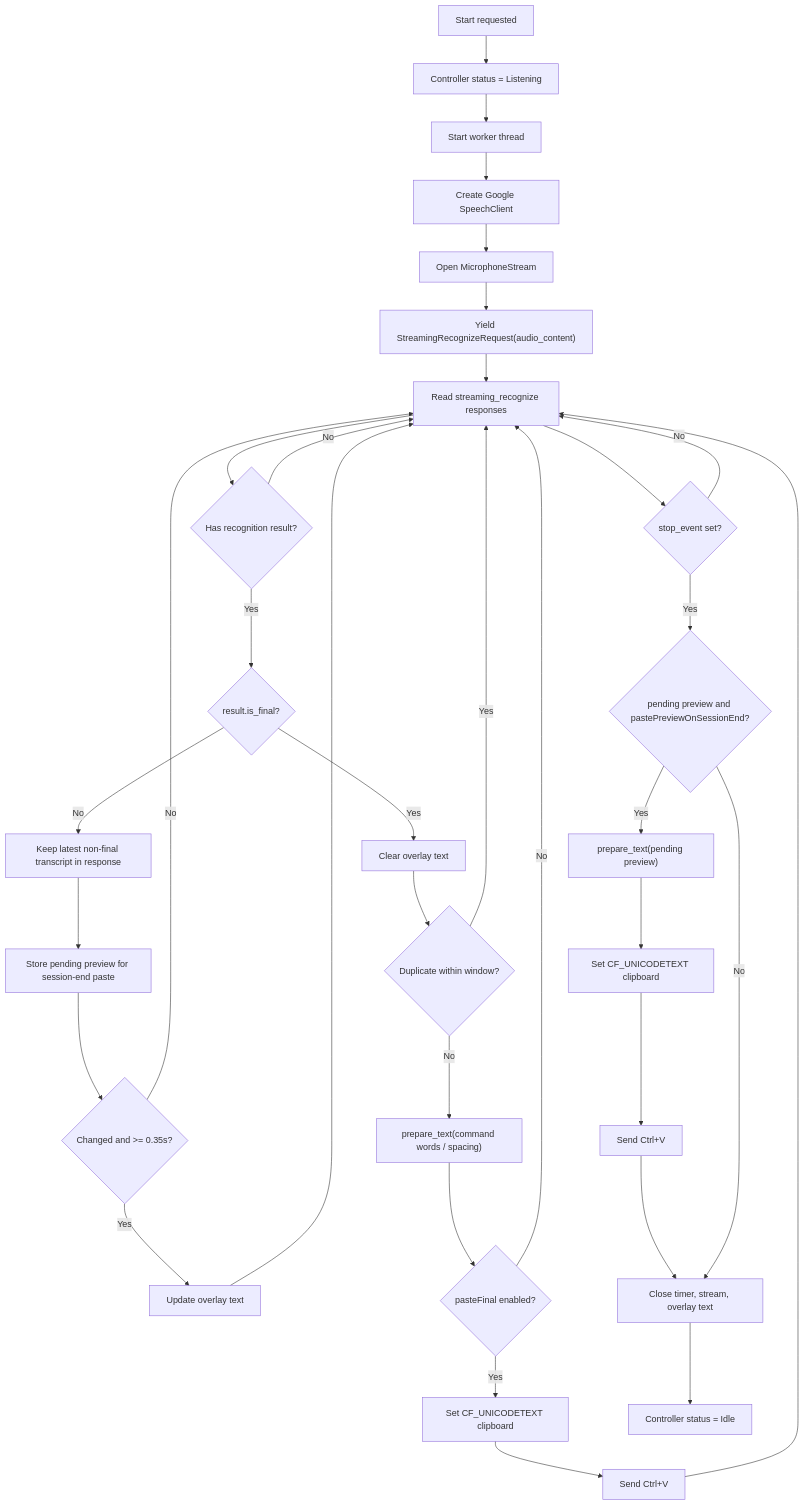
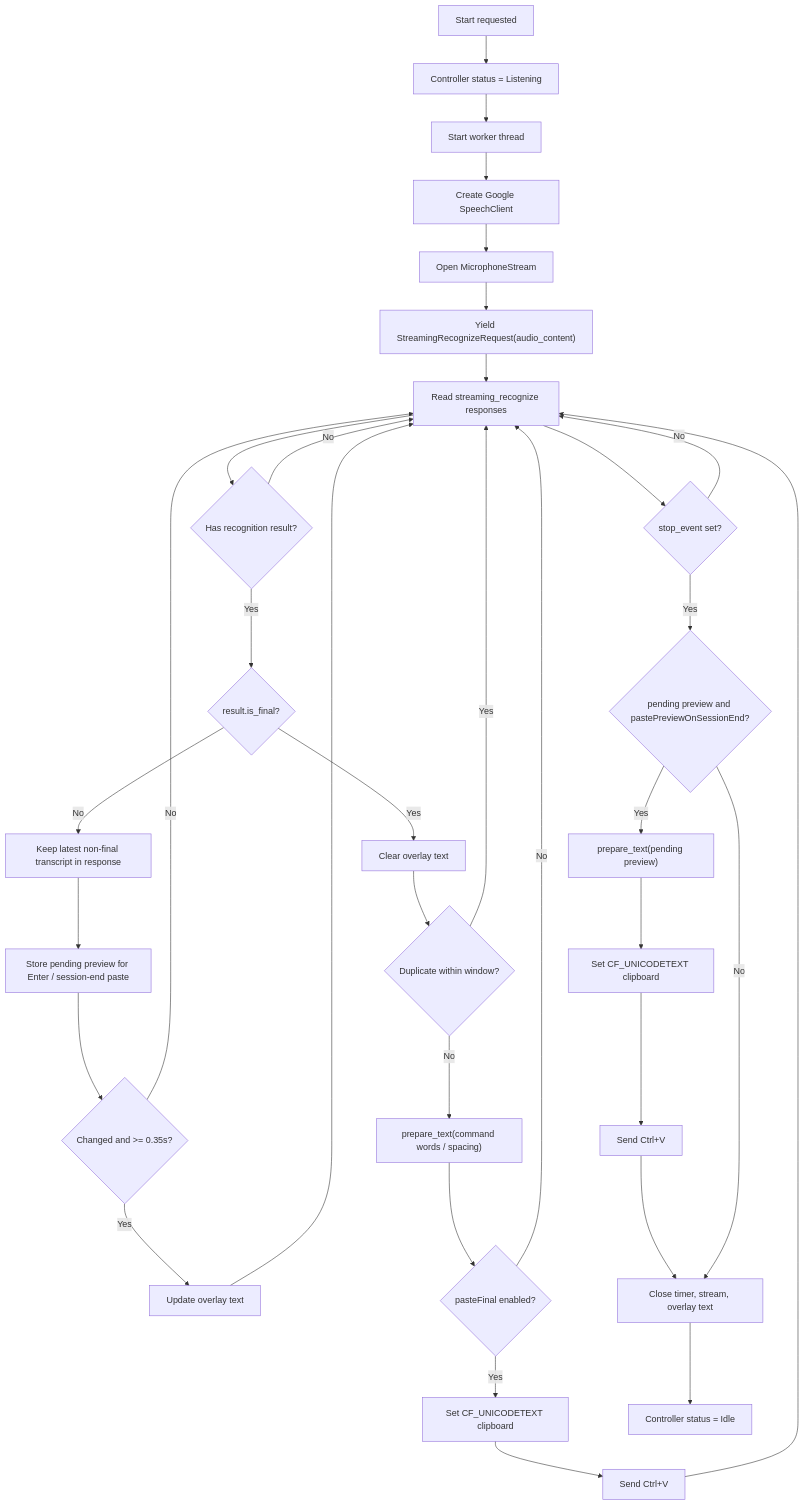
One commit to cocomine/win-voice-input changed the fifth of 6 diagrams in docs/TECHNICAL_DOCUMENTATION.md. Above: the diagram before and after it, drawn with Mermaid. The commit also changed other lines of this file and 11 other files, not shown here.

Commit message:
feat: implement Enter key preview commit functionality to allow manual pasting of current preview without stopping the session

````diff
--- a/docs/TECHNICAL_DOCUMENTATION.md
+++ b/docs/TECHNICAL_DOCUMENTATION.md
@@ -227,39 +240,39 @@
 ```mermaid
 flowchart TD
     Start["Start requested"] --> StatusListening["Controller status = Listening"]
     StatusListening --> Worker["Start worker thread"]
     Worker --> Client["Create Google SpeechClient"]
     Client --> Stream["Open MicrophoneStream"]
     Stream --> Requests["Yield StreamingRecognizeRequest(audio_content)"]
     Requests --> Responses["Read streaming_recognize responses"]
     Responses --> HasResult{"Has recognition result?"}
     HasResult -- "No" --> Responses
     HasResult -- "Yes" --> Final{"result.is_final?"}
 
     Final -- "No" --> LatestInterim["Keep latest non-final transcript in response"]
-    LatestInterim --> PendingPreview["Store pending preview for session-end paste"]
+    LatestInterim --> PendingPreview["Store pending preview for Enter / session-end paste"]
     PendingPreview --> RateLimit{"Changed and >= 0.35s?"}
     RateLimit -- "Yes" --> Overlay["Update overlay text"]
     RateLimit -- "No" --> Responses
     Overlay --> Responses
 
     Final -- "Yes" --> ClearOverlay["Clear overlay text"]
     ClearOverlay --> Deduplicate{"Duplicate within window?"}
     Deduplicate -- "Yes" --> Responses
     Deduplicate -- "No" --> Prepare["prepare_text(command words / spacing)"]
     Prepare --> PasteEnabled{"pasteFinal enabled?"}
     PasteEnabled -- "No" --> Responses
     PasteEnabled -- "Yes" --> Clipboard["Set CF_UNICODETEXT clipboard"]
     Clipboard --> SendInput["Send Ctrl+V"]
     SendInput --> Responses
 
     Responses --> Stop{"stop_event set?"}
     Stop -- "No" --> Responses
     Stop -- "Yes" --> PreviewPaste{"pending preview and pastePreviewOnSessionEnd?"}
     PreviewPaste -- "Yes" --> PreviewPrepare["prepare_text(pending preview)"]
     PreviewPrepare --> PreviewClipboard["Set CF_UNICODETEXT clipboard"]
     PreviewClipboard --> PreviewSendInput["Send Ctrl+V"]
     PreviewSendInput --> Cleanup
     PreviewPaste -- "No" --> Cleanup["Close timer, stream, overlay text"]
     Cleanup --> Idle["Controller status = Idle"]
 ```
````
